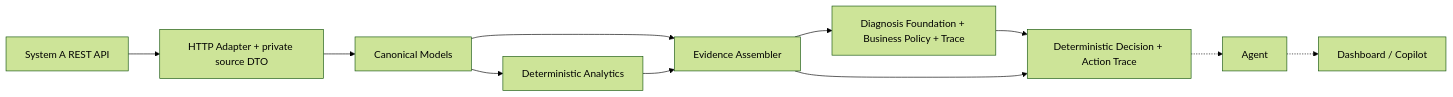
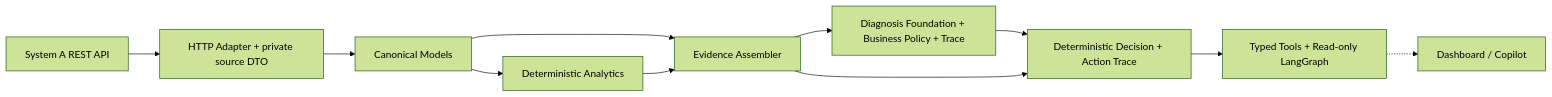
Before and after one commit to TiezhuHao/overdue-po-copilot: the diagram in docs/system-b-architecture.md, drawn with Mermaid (forest theme). The commit also changed other lines of this file and 10 other files, not shown here.

Commit message:
feat: add LangGraph agent execution foundation

````diff
--- a/docs/system-b-architecture.md
+++ b/docs/system-b-architecture.md
@@ -27,13 +27,13 @@
 ```mermaid
 flowchart LR
     A[System A REST API] --> Adapter[HTTP Adapter + private source DTO]
     Adapter --> Canonical[Canonical Models]
     Canonical --> Analytics[Deterministic Analytics]
     Canonical --> Assembler[Evidence Assembler]
     Analytics --> Assembler
     Assembler --> Diagnosis[Diagnosis Foundation + Business Policy + Trace]
     Diagnosis --> Decision[Deterministic Decision + Action Trace]
     Assembler --> Decision
-    Decision -.-> Agent[Agent]
+    Decision --> Agent[Typed Tools + Read-only LangGraph]
     Agent -.-> Frontend[Dashboard / Copilot]
 ```
````
